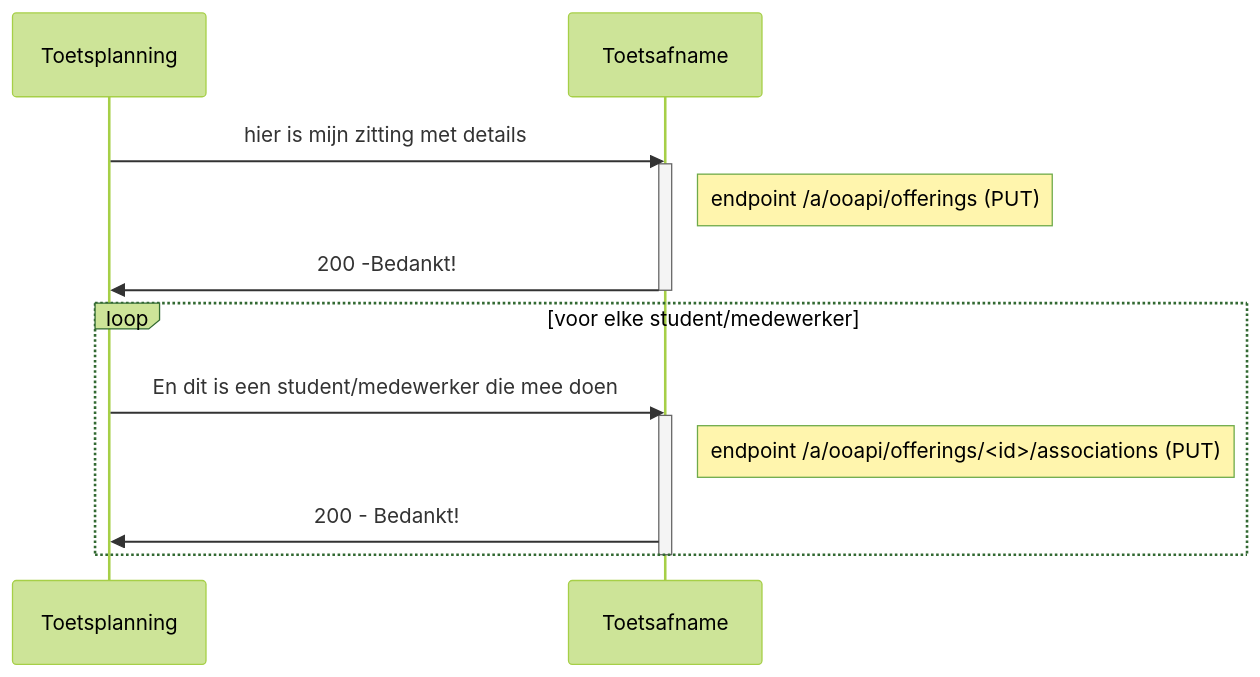
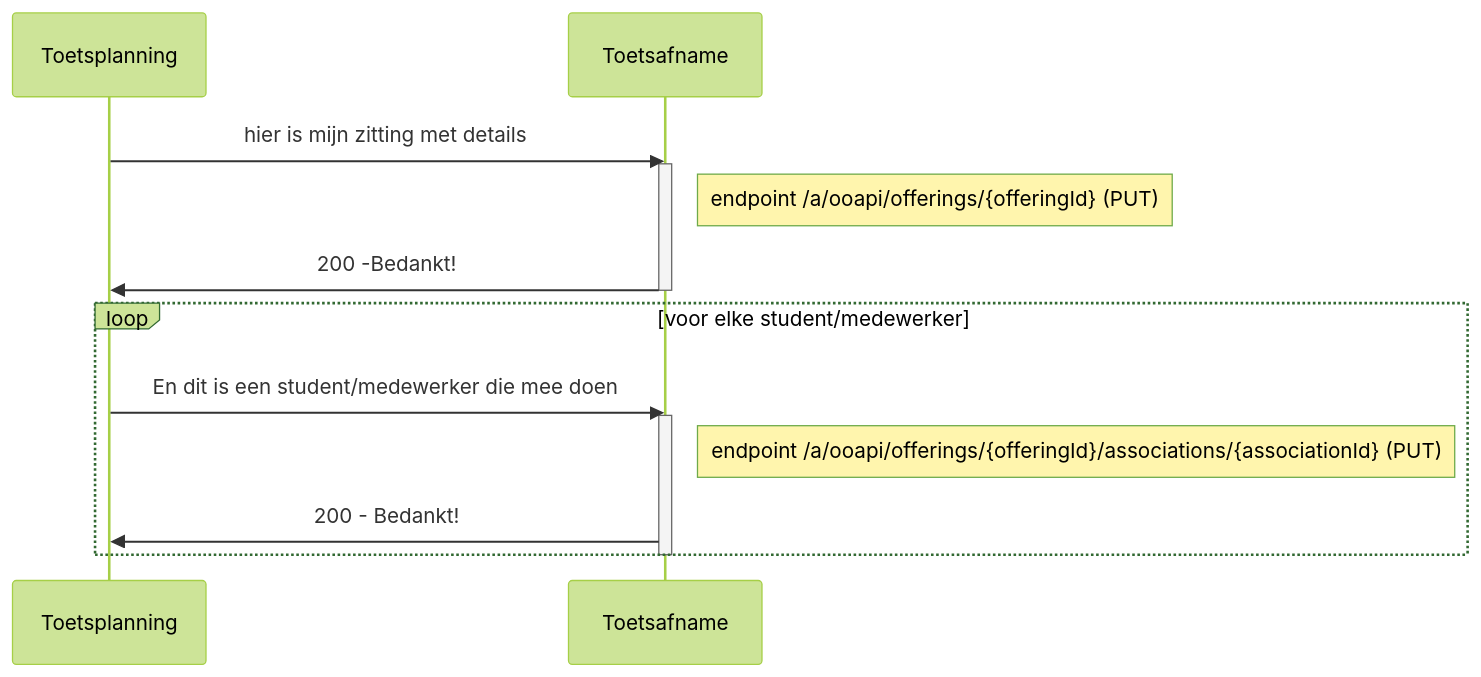
One commit to NetwerkExamineringDigitalisering/NED-OOAPI changed the third of 8 diagrams in doc/flow2.md. Above: the diagram before and after it, drawn with Mermaid (forest theme). The commit also changed other lines of this file, not shown here.

First line of the commit message:
Update flow2.md

````diff
--- a/doc/flow2.md
+++ b/doc/flow2.md
@@ -113,15 +113,15 @@
 ```mermaid
 sequenceDiagram
     Toetsplanning->>Toetsafname: hier is mijn zitting met details
     activate Toetsafname
-    Note right of Toetsafname: endpoint /a/ooapi/offerings (PUT)
+    Note right of Toetsafname: endpoint /a/ooapi/offerings/{offeringId} (PUT)
     Toetsafname->>Toetsplanning: 200 -Bedankt!
     deactivate Toetsafname
     loop voor elke student/medewerker
         Toetsplanning->>Toetsafname: En dit is een student/medewerker die mee doen
         activate Toetsafname
-        Note right of Toetsafname: endpoint /a/ooapi/offerings/<id>/associations (PUT)
+        Note right of Toetsafname: endpoint /a/ooapi/offerings/{offeringId}/associations/{associationId} (PUT)
         Toetsafname->>Toetsplanning: 200 - Bedankt!
     end
     deactivate Toetsafname
 ```
````
